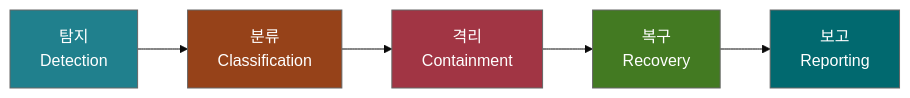
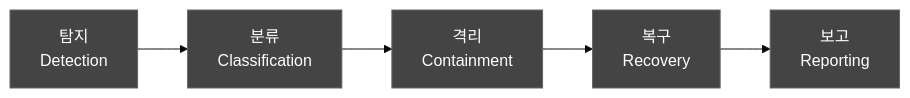
Before and after one commit to holee9/console-gui: the diagram in docs/regulatory/DOC-046_Security_Controls_v1.0.md, drawn with Mermaid (base theme). The commit also changed 35 other files, not shown here.

First line of the commit message:
fix: 전체 Mermaid 차트 색상 진한 회색 통일

````diff
--- a/docs/regulatory/DOC-046_Security_Controls_v1.0.md
+++ b/docs/regulatory/DOC-046_Security_Controls_v1.0.md
@@ -372,14 +372,14 @@
 ```mermaid
 flowchart LR
     A[탐지<br/>Detection] --> B[분류<br/>Classification]
     B --> C[격리<br/>Containment]
     C --> D[복구<br/>Recovery]
     D --> E[보고<br/>Reporting]
 
     classDef default fill:#444,stroke:#666,color:#fff
-    style A fill:#20808D,color:#fff
-    style B fill:#964219,color:#fff
-    style C fill:#A13544,color:#fff
-    style D fill:#437A22,color:#fff
-    style E fill:#01696F,color:#fff
+    style A fill:#444,color:#fff
+    style B fill:#444,color:#fff
+    style C fill:#444,color:#fff
+    style D fill:#444,color:#fff
+    style E fill:#444,color:#fff
 ```
````
